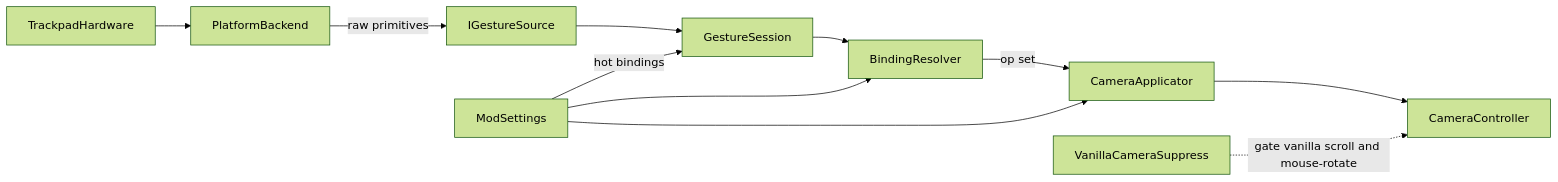
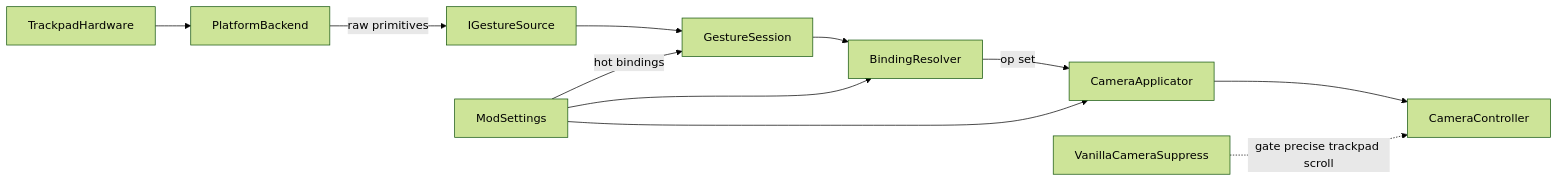
One commit to betsalel-williamson/CSL-TrackpadCameraControl changed the diagram in docs/features/system-architecture.md. Above: the diagram before and after it, drawn with Mermaid (forest theme). The commit also changed other lines of this file and 9 other files, not shown here.

First line of the commit message:
fix: restore middle-mouse orbit alongside trackpad (#25)

````diff
--- a/docs/features/system-architecture.md
+++ b/docs/features/system-architecture.md
@@ -9,23 +9,23 @@
 ```mermaid
 flowchart LR
   trackpad[TrackpadHardware]
   backend[PlatformBackend]
   source[IGestureSource]
   session[GestureSession]
   resolve[BindingResolver]
   apply[CameraApplicator]
   settings[ModSettings]
   suppress[VanillaCameraSuppress]
   cam[CameraController]
 
   trackpad --> backend
   backend -->|"raw primitives"| source
   source --> session
   session --> resolve
   settings -->|"hot bindings"| session
   settings --> resolve
   settings --> apply
   resolve -->|"op set"| apply
   apply --> cam
-  suppress -.->|"gate vanilla scroll and mouse-rotate"| cam
+  suppress -.->|"gate precise trackpad scroll"| cam
 ```
````
